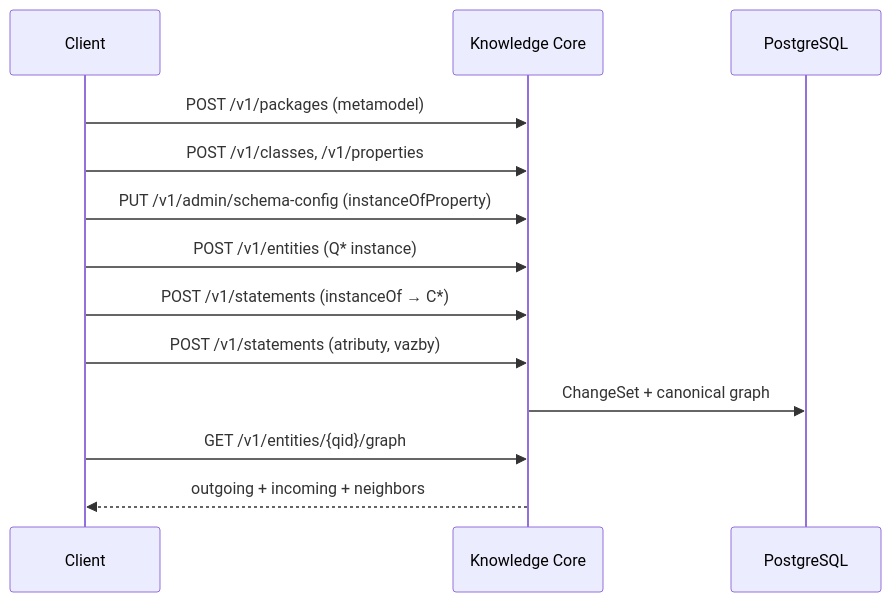
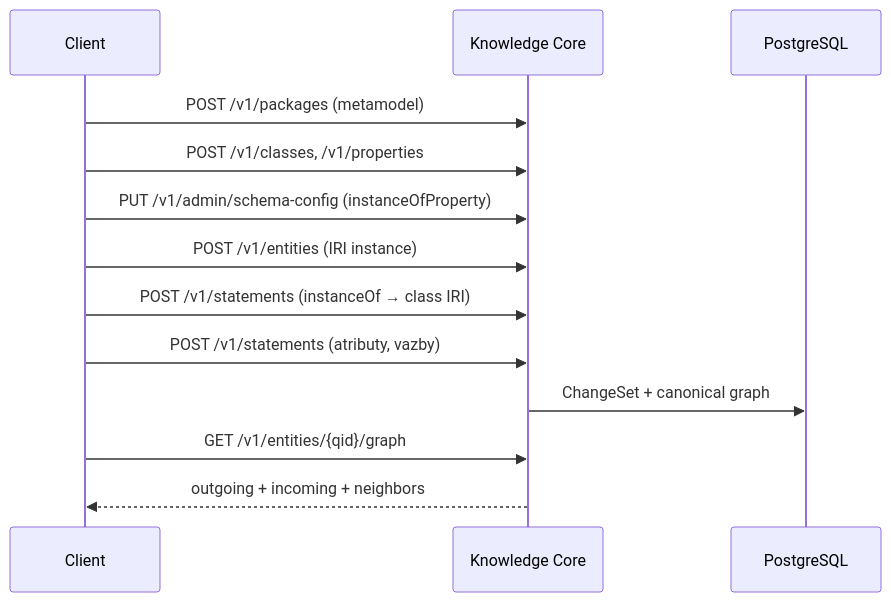
Before and after one commit to l-ra/knowledge-core: the diagram in docs/integration/concepts.md, drawn with Mermaid. The commit also changed other lines of this file and 32 other files, not shown here.

````diff
--- a/docs/integration/concepts.md
+++ b/docs/integration/concepts.md
@@ -174,16 +177,16 @@
 ```mermaid
 sequenceDiagram
     participant Client
     participant KC as Knowledge Core
     participant PG as PostgreSQL
 
     Client->>KC: POST /v1/packages (metamodel)
     Client->>KC: POST /v1/classes, /v1/properties
     Client->>KC: PUT /v1/admin/schema-config (instanceOfProperty)
-    Client->>KC: POST /v1/entities (Q* instance)
-    Client->>KC: POST /v1/statements (instanceOf → C*)
+    Client->>KC: POST /v1/entities (IRI instance)
+    Client->>KC: POST /v1/statements (instanceOf → class IRI)
     Client->>KC: POST /v1/statements (atributy, vazby)
     KC->>PG: ChangeSet + canonical graph
     Client->>KC: GET /v1/entities/{qid}/graph
     KC-->>Client: outgoing + incoming + neighbors
 ```
````
